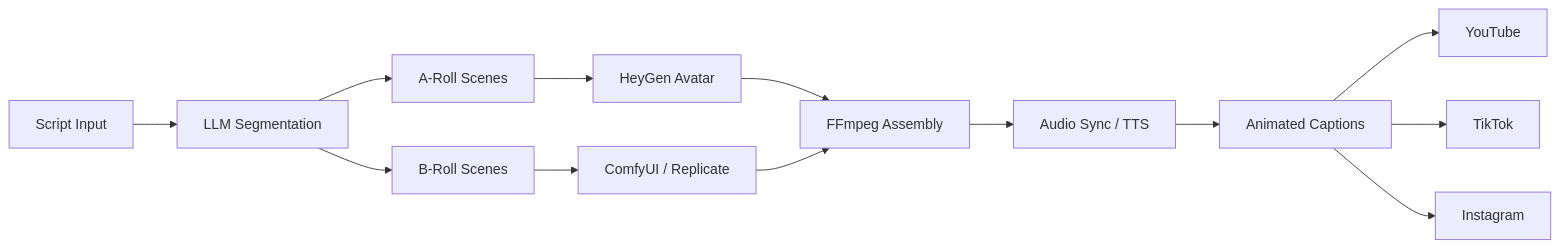
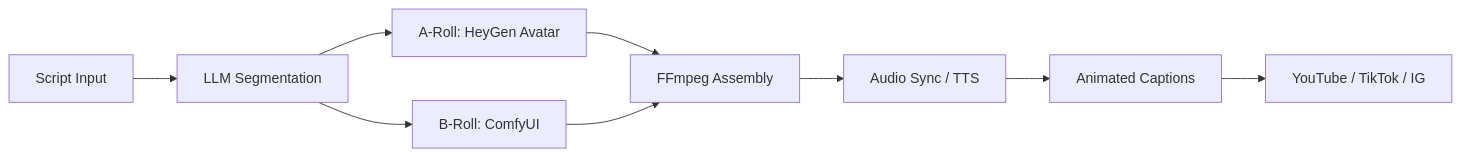
One commit to dawarazhar11/dawarazhar11 changed the seventh of 7 diagrams in README.md. Above: the diagram before and after it, drawn with Mermaid. The commit also changed other lines of this file, not shown here.

````diff
--- a/README.md
+++ b/README.md
@@ -379,15 +220,11 @@
 ```mermaid
 graph LR
     A["Script Input"] --> B["LLM Segmentation"]
-    B --> C["A-Roll Scenes"]
-    B --> D["B-Roll Scenes"]
-    C --> E["HeyGen Avatar"]
-    D --> F["ComfyUI / Replicate"]
-    E --> G["FFmpeg Assembly"]
-    F --> G
-    G --> H["Audio Sync / TTS"]
-    H --> I["Animated Captions"]
-    I --> J["YouTube"]
-    I --> K["TikTok"]
-    I --> L["Instagram"]
+    B --> C["A-Roll: HeyGen Avatar"]
+    B --> D["B-Roll: ComfyUI"]
+    C --> E["FFmpeg Assembly"]
+    D --> E
+    E --> F["Audio Sync / TTS"]
+    F --> G["Animated Captions"]
+    G --> H["YouTube / TikTok / IG"]
 ```
````
